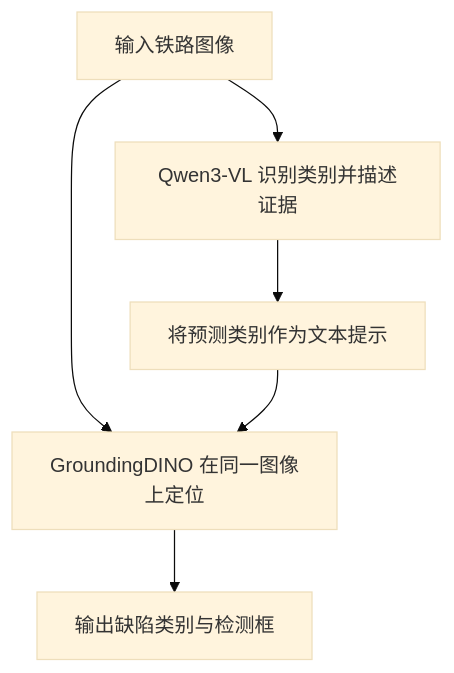
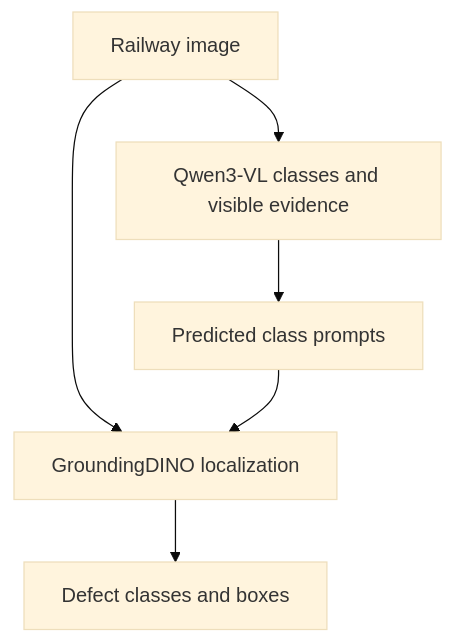
The diagram in docs/00_reading_guide.md (chaomacv/RailMind), drawn with Mermaid (base theme) before and after one commit. The commit also changed other lines of this file and 57 other files, not shown here.

````diff
--- a/docs/00_reading_guide.md
+++ b/docs/00_reading_guide.md
@@ -136,8 +105,8 @@
 ```mermaid
 flowchart TD
-    A[输入铁路图像] --> B[Qwen3-VL 识别类别并描述证据]
-    B --> C[将预测类别作为文本提示]
-    A --> D[GroundingDINO 在同一图像上定位]
+    A[Railway image] --> B[Qwen3-VL classes and visible evidence]
+    B --> C[Predicted class prompts]
+    A --> D[GroundingDINO localization]
     C --> D
-    D --> E[输出缺陷类别与检测框]
+    D --> E[Defect classes and boxes]
 ```
````
